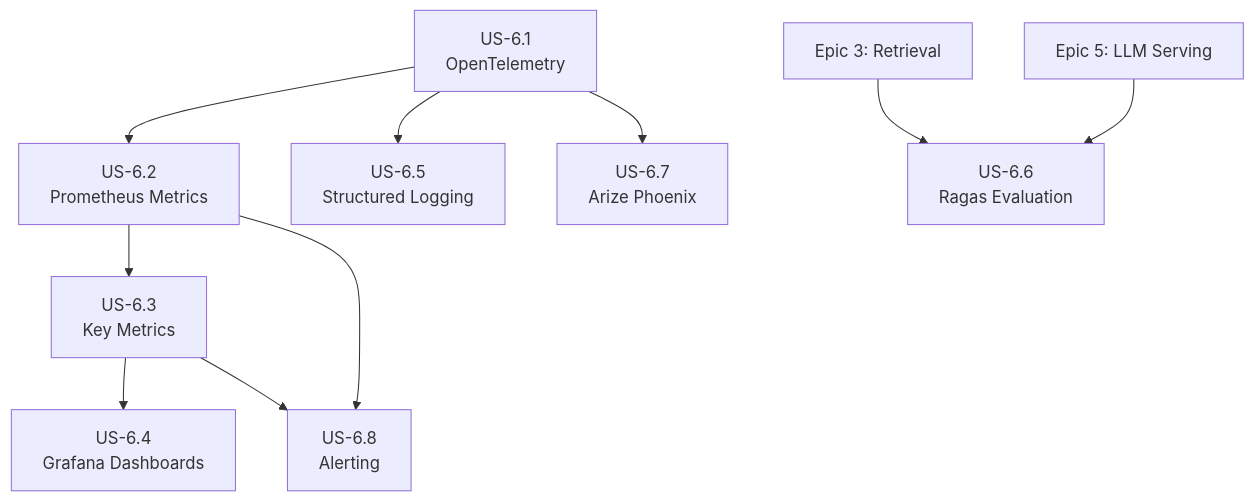
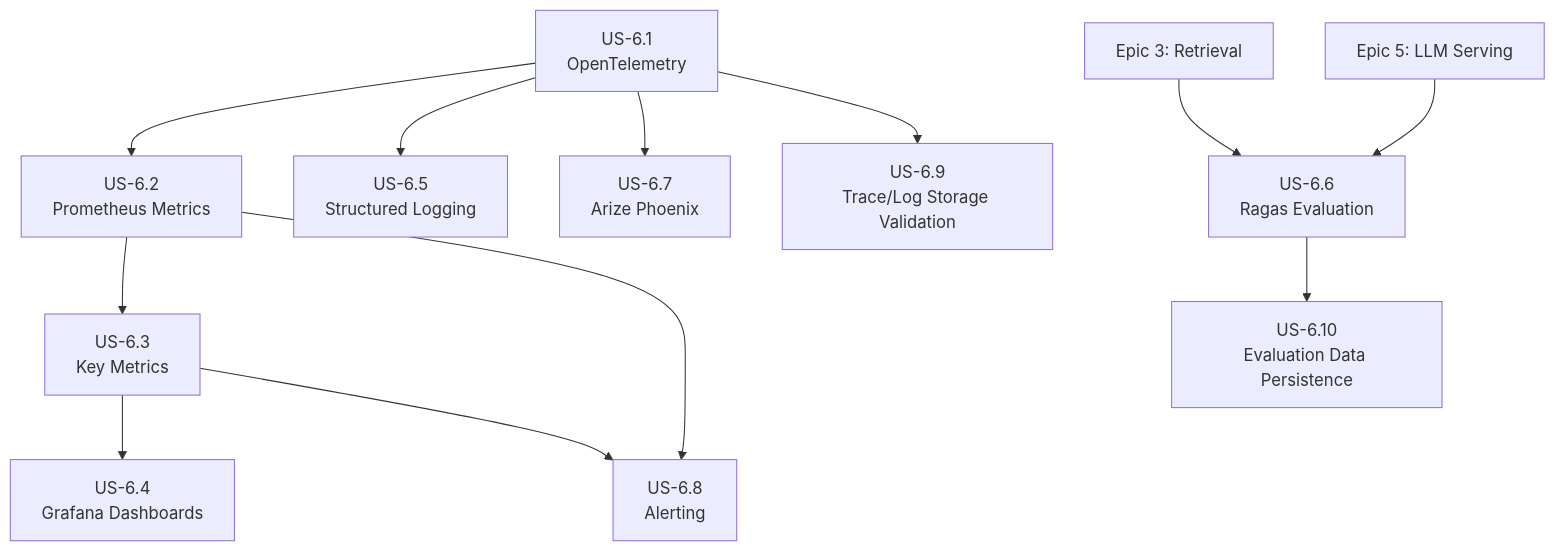
Before and after one commit to RogierKonings/ultimate-rag-pipeline: the first of 2 diagrams in workflow/refined/06-observability/README.md, drawn with Mermaid. The commit also changed other lines of this file and 21 other files, not shown here.

````diff
--- a/workflow/refined/06-observability/README.md
+++ b/workflow/refined/06-observability/README.md
@@ -59,12 +61,14 @@
 ```mermaid
 flowchart TD
     US61[US-6.1<br/>OpenTelemetry] --> US62[US-6.2<br/>Prometheus Metrics]
     US61 --> US65[US-6.5<br/>Structured Logging]
     US61 --> US67[US-6.7<br/>Arize Phoenix]
     US62 --> US63[US-6.3<br/>Key Metrics]
     US62 --> US68[US-6.8<br/>Alerting]
     US63 --> US64[US-6.4<br/>Grafana Dashboards]
     US63 --> US68
     E3[Epic 3: Retrieval] --> US66[US-6.6<br/>Ragas Evaluation]
     E5[Epic 5: LLM Serving] --> US66
+    US61 --> US69[US-6.9<br/>Trace/Log Storage Validation]
+    US66 --> US610[US-6.10<br/>Evaluation Data Persistence]
 ```
````
